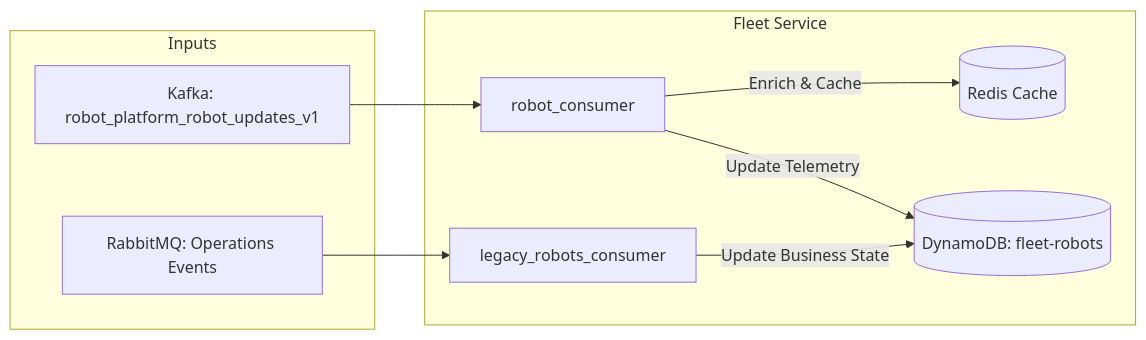
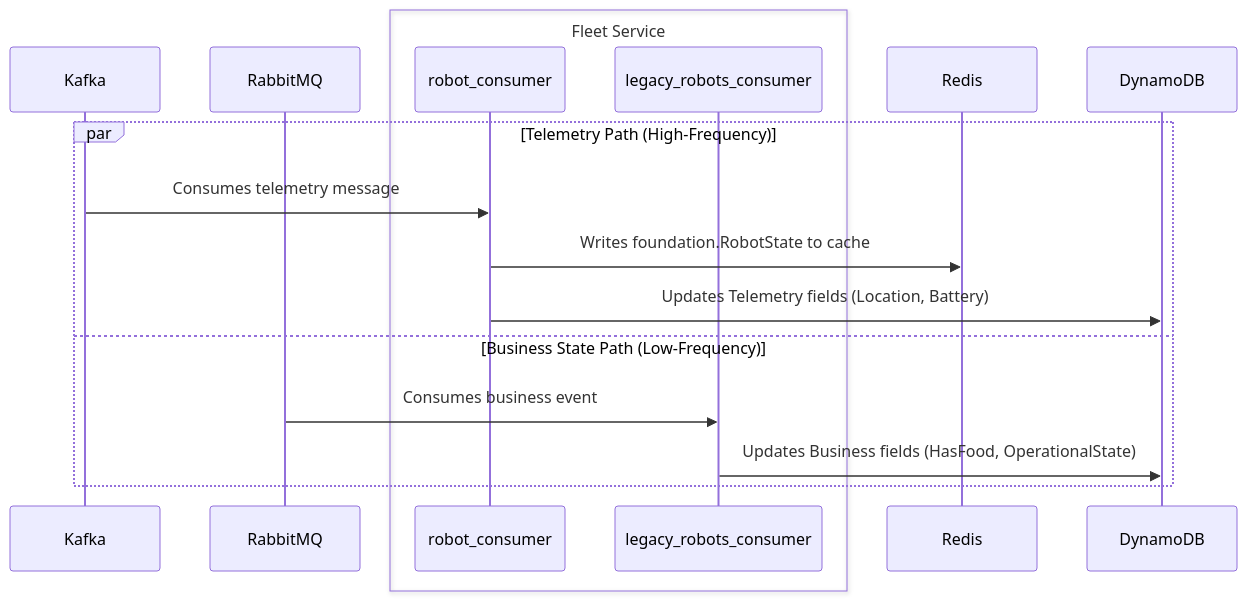
The ninth of 17 diagrams in research/DEVICE_API_RESEARCH_NOTES.md (jeremieshaker-coco/obsidian), drawn with Mermaid before and after one commit. The commit also changed other lines of this file and 19 other files, not shown here.

````diff
--- a/research/DEVICE_API_RESEARCH_NOTES.md
+++ b/research/DEVICE_API_RESEARCH_NOTES.md
@@ -349,21 +386,20 @@
 ```mermaid
-graph LR
-    subgraph Inputs
-        K[Kafka: robot_platform_robot_updates_v1]
-        R[RabbitMQ: Operations Events]
+sequenceDiagram
+    participant Kafka
+    participant RabbitMQ
+    box Fleet Service
+        participant RC as robot_consumer
+        participant LRC as legacy_robots_consumer
     end
+    participant Redis
+    participant DynamoDB
 
-    subgraph Fleet Service
-        RC[robot_consumer]
-        LRC[legacy_robots_consumer]
-        DB[(DynamoDB: fleet-robots)]
-        Redis[(Redis Cache)]
+    par Telemetry Path (High-Frequency)
+        Kafka->>RC: Consumes telemetry message
+        RC->>Redis: Writes foundation.RobotState to cache
+        RC->>DynamoDB: Updates Telemetry fields (Location, Battery)
+    and Business State Path (Low-Frequency)
+        RabbitMQ->>LRC: Consumes business event
+        LRC->>DynamoDB: Updates Business fields (HasFood, OperationalState)
     end
-
-    K --> RC
-    R --> LRC
-    RC -->|Enrich & Cache| Redis
-    RC -->|Update Telemetry| DB
-    LRC -->|Update Business State| DB
-
 ```
````
